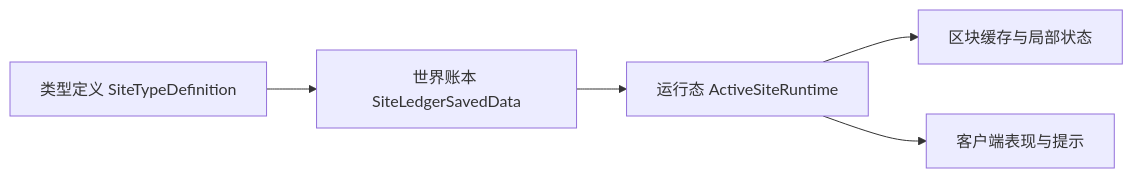
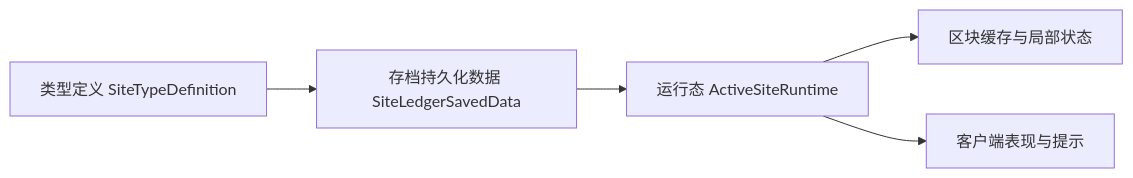
The diagram in docs/src/zh-CN/ModdingDeveloping/Design/SiteRuntime.md (PickAID/LostCivilization), drawn with Mermaid before and after one commit. The commit also changed other lines of this file and 98 other files, not shown here.

````diff
--- a/docs/src/zh-CN/ModdingDeveloping/Design/SiteRuntime.md
+++ b/docs/src/zh-CN/ModdingDeveloping/Design/SiteRuntime.md
@@ -11,7 +11,7 @@
 ```mermaid
 flowchart LR
-    Type["类型定义 SiteTypeDefinition"] --> Ledger["世界账本 SiteLedgerSavedData"]
+    Type["类型定义 SiteTypeDefinition"] --> Ledger["存档持久化数据 SiteLedgerSavedData"]
     Ledger --> Runtime["运行态 ActiveSiteRuntime"]
     Runtime --> ChunkCache["区块缓存与局部状态"]
     Runtime --> ClientView["客户端表现与提示"]
 ```
````
